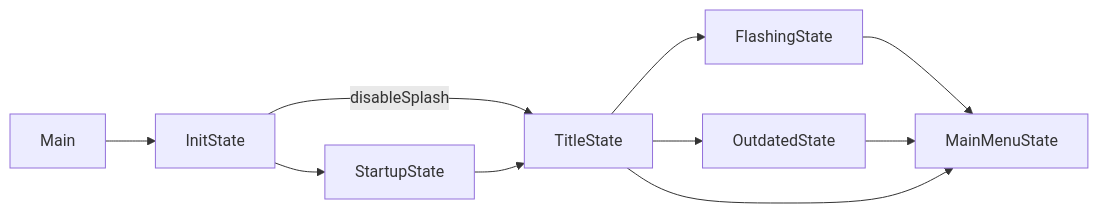
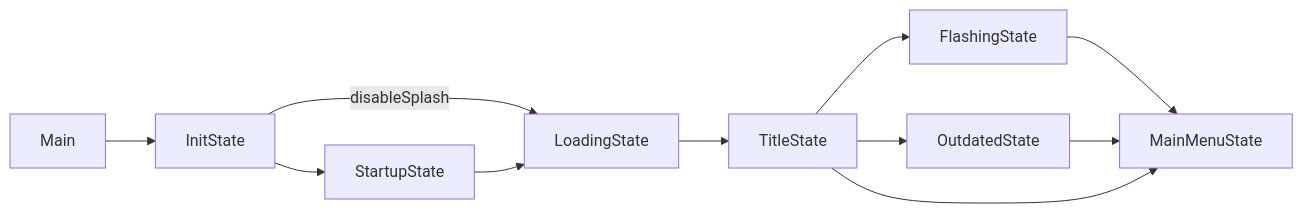
The diagram in website/docs/architecture/bootstrap.md (havaianasdestruido/FNF-Phoenix-Engine), drawn with Mermaid before and after one commit. The commit also changed other lines of this file and 6 other files, not shown here.

Commit message:
Limit loading screens and disable splash by default

````diff
--- a/website/docs/architecture/bootstrap.md
+++ b/website/docs/architecture/bootstrap.md
@@ -88,9 +89,9 @@
 ```mermaid
 flowchart LR
     M["Main"] --> I["InitState"]
-    I -->|"disableSplash"| T["TitleState"]
-    I --> S["StartupState"] --> T
+    I -->|"disableSplash"| L["LoadingState"] --> T["TitleState"]
+    I --> S["StartupState"] --> L
     T --> F["FlashingState"] --> MM["MainMenuState"]
     T --> O["OutdatedState"] --> MM
     T --> MM
 ```
````
